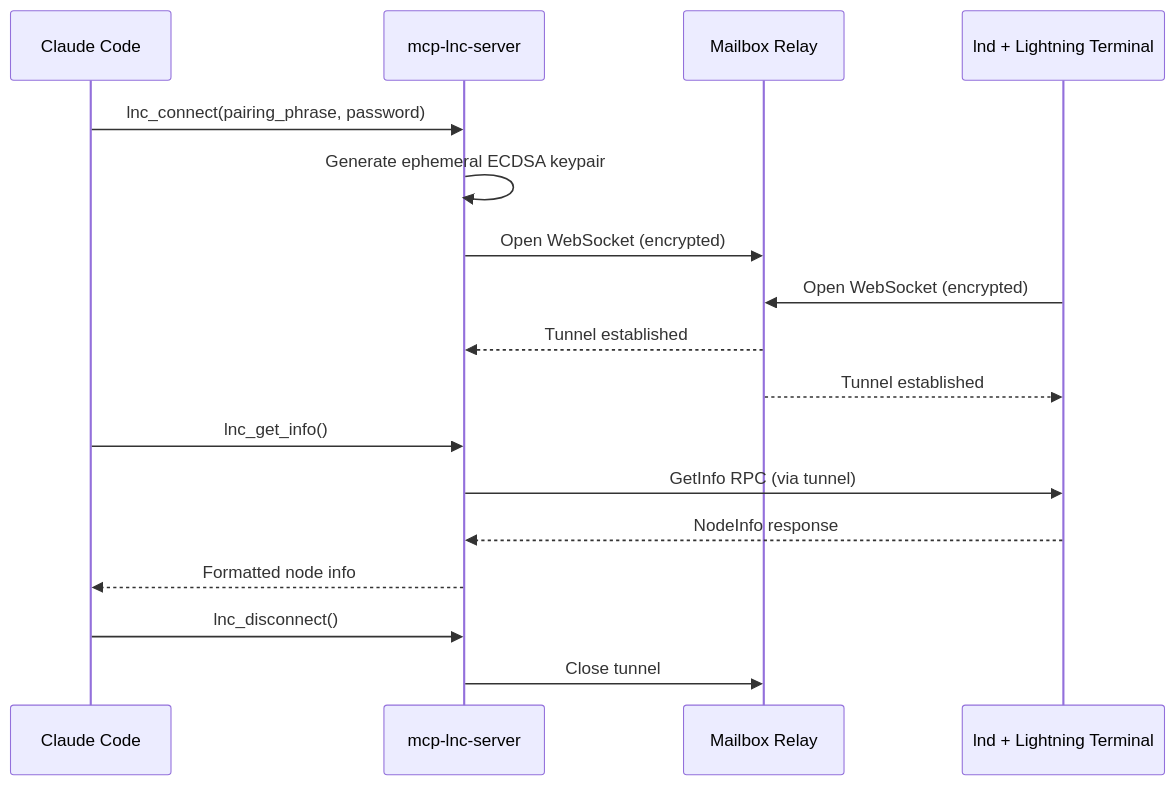
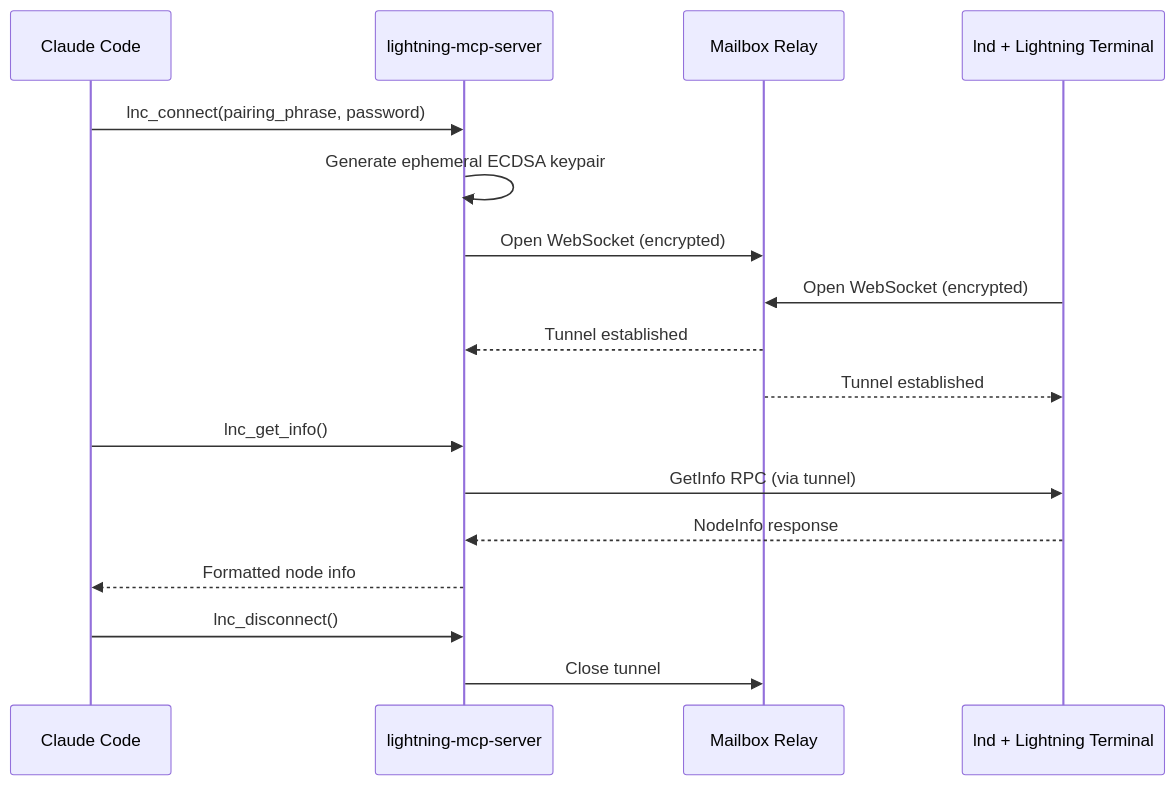
The fourth of 5 diagrams in docs/architecture.md (Liongrass/lightning-agent-tools), drawn with Mermaid before and after one commit. The commit also changed other lines of this file and 45 other files, not shown here.

First line of the commit message:
rename: mcp-server -> lightning-mcp-server

````diff
--- a/docs/architecture.md
+++ b/docs/architecture.md
@@ -299,22 +299,22 @@
 ```mermaid
 sequenceDiagram
     participant CC as Claude Code
-    participant MCP as mcp-lnc-server
+    participant MCP as lightning-mcp-server
     participant MB as Mailbox Relay
     participant LND as lnd + Lightning Terminal
 
     CC->>MCP: lnc_connect(pairing_phrase, password)
     MCP->>MCP: Generate ephemeral ECDSA keypair
     MCP->>MB: Open WebSocket (encrypted)
     LND->>MB: Open WebSocket (encrypted)
     MB-->>MCP: Tunnel established
     MB-->>LND: Tunnel established
 
     CC->>MCP: lnc_get_info()
     MCP->>LND: GetInfo RPC (via tunnel)
     LND-->>MCP: NodeInfo response
     MCP-->>CC: Formatted node info
 
     CC->>MCP: lnc_disconnect()
     MCP->>MB: Close tunnel
 ```
````
